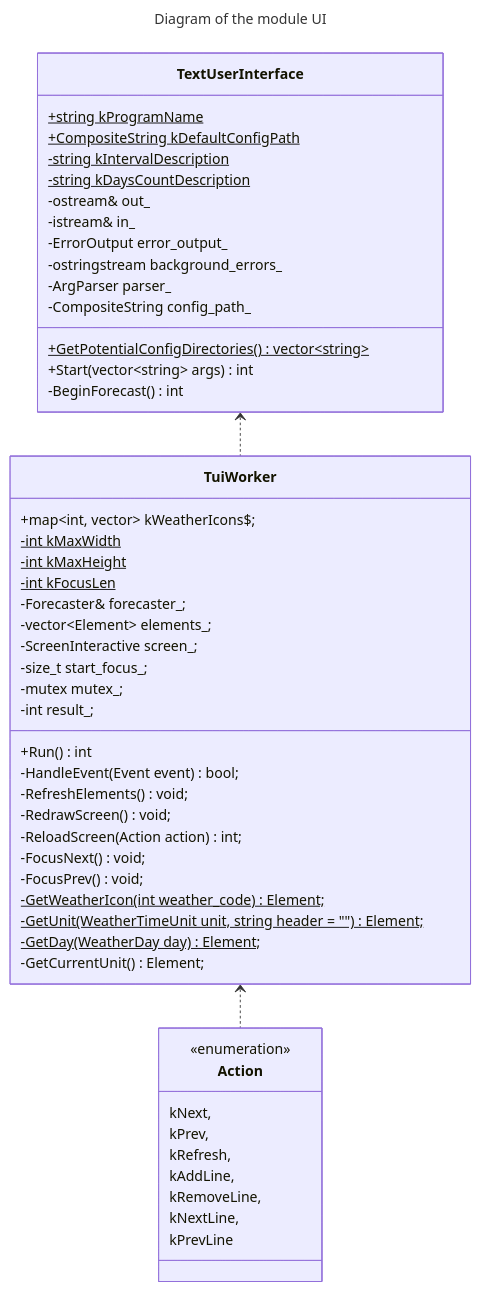
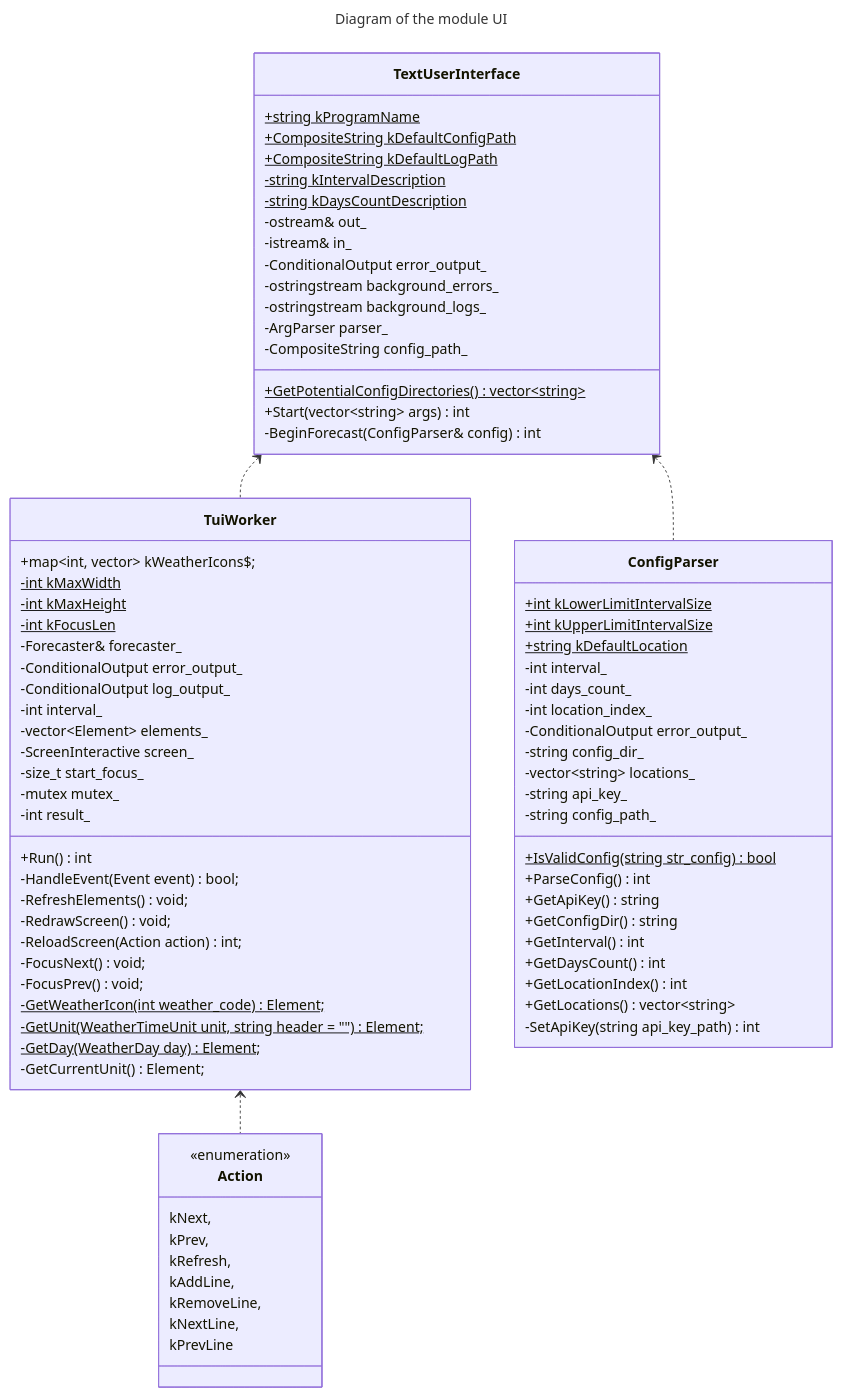
Before and after one commit to bialger/weather-forecast: the second of 4 diagrams in docs/dev/architecture.md, drawn with Mermaid. The commit also changed other lines of this file, not shown here.

Commit message:
Updated project architecture

````diff
--- a/docs/dev/architecture.md
+++ b/docs/dev/architecture.md
@@ -71,29 +71,34 @@
   class TextUserInterface {
     +string kProgramName$
     +CompositeString kDefaultConfigPath$
+    +CompositeString kDefaultLogPath$
     -string kIntervalDescription$
     -string kDaysCountDescription$
     -ostream& out_
     -istream& in_
-    -ErrorOutput error_output_
+    -ConditionalOutput error_output_
     -ostringstream background_errors_
+    -ostringstream background_logs_
     -ArgParser parser_
     -CompositeString config_path_
     +GetPotentialConfigDirectories()$ vector~string~
     +Start(vector~string~ args) int
-    -BeginForecast() int
+    -BeginForecast(ConfigParser& config) int
   }
   class TuiWorker {
     +map~int, vector<string>~ kWeatherIcons$;
     -int kMaxWidth$
     -int kMaxHeight$
     -int kFocusLen$
-    -Forecaster& forecaster_;
-    -vector~Element~ elements_;
-    -ScreenInteractive screen_;
-    -size_t start_focus_;
-    -mutex mutex_;
-    -int result_;
+    -Forecaster& forecaster_
+    -ConditionalOutput error_output_
+    -ConditionalOutput log_output_
+    -int interval_
+    -vector~Element~ elements_
+    -ScreenInteractive screen_
+    -size_t start_focus_
+    -mutex mutex_
+    -int result_
     +Run() int
     -HandleEvent(Event event) bool;
     -RefreshElements() void;
@@ -106,6 +111,28 @@
     -GetDay(WeatherDay day)$ Element;
     -GetCurrentUnit() Element;
   }
+  class ConfigParser {
+    +int kLowerLimitIntervalSize$
+    +int kUpperLimitIntervalSize$
+    +string kDefaultLocation$
+    -int interval_
+    -int days_count_
+    -int location_index_
+    -ConditionalOutput error_output_
+    -string config_dir_
+    -vector~string~ locations_
+    -string api_key_
+    -string config_path_
+    +IsValidConfig(string str_config)$ bool
+    +ParseConfig() int
+    +GetApiKey() string
+    +GetConfigDir() string
+    +GetInterval() int
+    +GetDaysCount() int
+    +GetLocationIndex() int
+    +GetLocations() vector~string~
+    -SetApiKey(string api_key_path) int
+  }
   class Action {
     <<enumeration>>
     kNext,
@@ -117,5 +144,6 @@
     kPrevLine
   }
   TextUserInterface <.. TuiWorker
+  TextUserInterface <.. ConfigParser
   TuiWorker <.. Action
 ```
````
